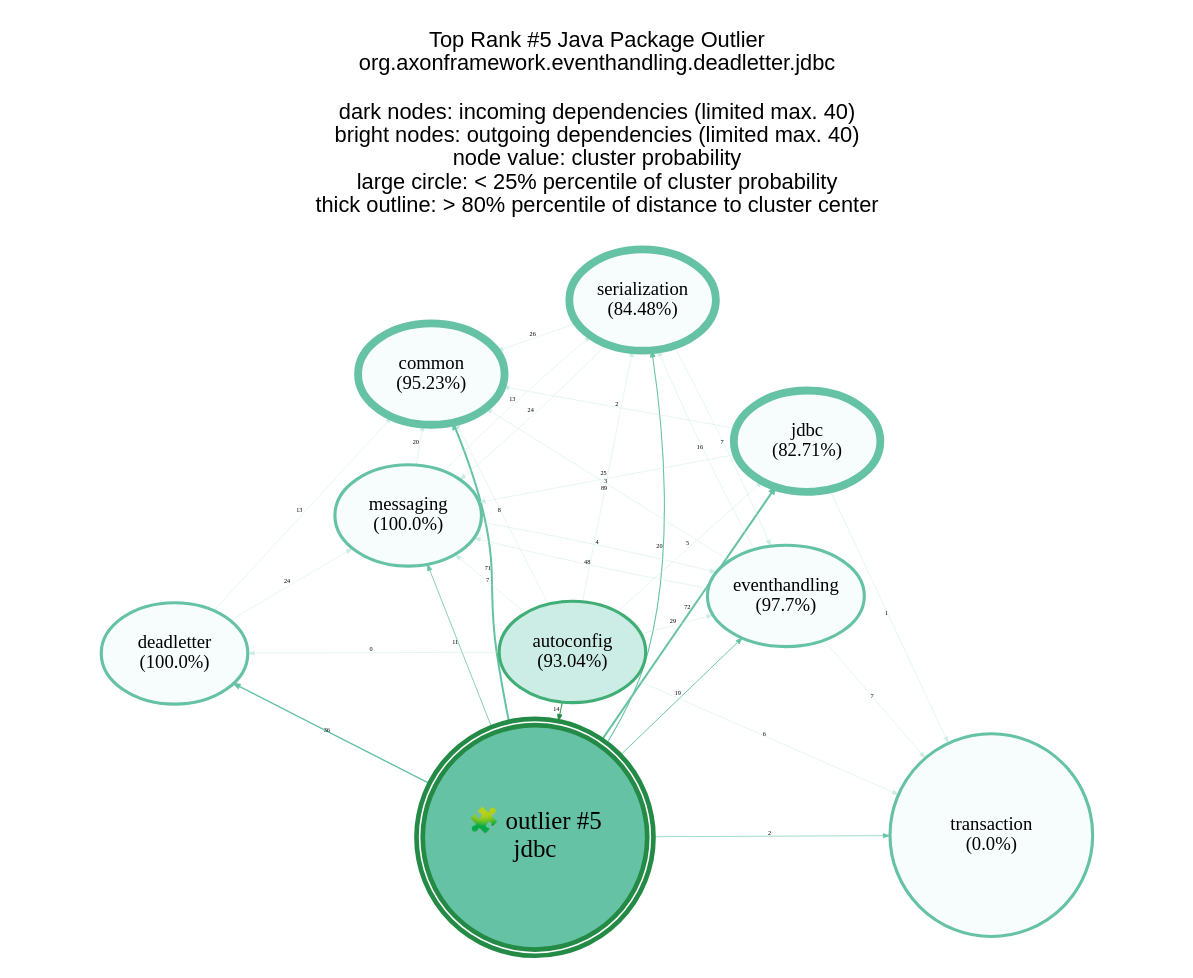
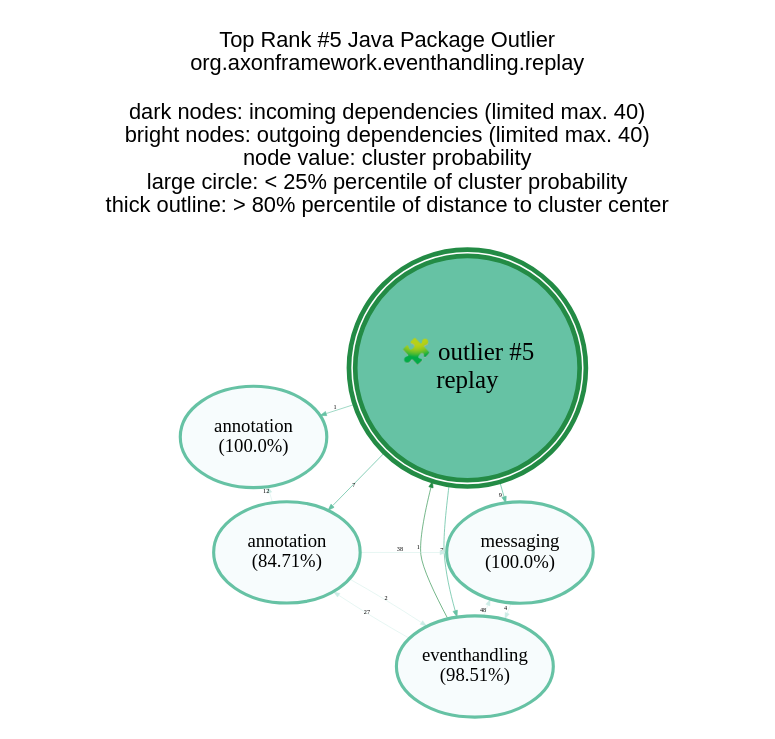
One commit to JohT/code-graph-analysis-examples changed the diagram in analysis-results/AxonFramework/AxonFramework-4.12.2/anomaly-detection/Java_Package/GraphVisualizations/graphviz/TopOutlier5.gv. Above: the diagram before and after it, drawn with Graphviz. The commit also changed 557 other files, not shown here.

```diff
--- a/analysis-results/AxonFramework/AxonFramework-4.12.2/anomaly-detection/Java_Package/GraphVisualizations/graphviz/TopOutlier5.gv
+++ b/analysis-results/AxonFramework/AxonFramework-4.12.2/anomaly-detection/Java_Package/GraphVisualizations/graphviz/TopOutlier5.gv
@@ -1,47 +1,28 @@
 // This GraphViz dot file was generated by the script convertQueryResultCsvToGraphVizDotFile.sh with TopCentral.template
 
 strict digraph TopOutlier5 {
     graph [layout = "fdp"; start = "7"; splines = "spline"; pad = "0.8,0.1"; outputorder = "edgesfirst";];
     graph [fontname = "Helvetica,Arial,sans-serif"; labelloc = "t";];
     node [colorscheme = "bugn9"; color = 6; fillcolor = 3;];
     edge [colorscheme = "bugn9"; color = 7;];
     node [fontsize = 12; style = "filled"; margin = "0.03,0.03"; width="1.3"; height="0.9";];
     edge [fontsize = 4; arrowsize = "0.4";];
 
     central [shape = "doublecircle"; height = "2.0"; margin = "0.000001,0.000001";];
     central [fontsize = 16;];
     central [color = 7; fillcolor = 5; penwidth = 3;];
 
-	graph   [label="Top Rank #5 Java Package Outlier\norg.axonframework.eventhandling.deadletter.jdbc\n\ndark nodes: incoming dependencies (limited max. 40)\nbright nodes: outgoing dependencies (limited max. 40)\nnode value: cluster probability\nlarge circle: < 25% percentile of cluster probability\nthick outline: > 80% percentile of distance to cluster center\n\n"];
-	central [label="🧩 outlier #5\njdbc"];
-	"autoconfig_48231"  [label = "autoconfig\n(93.04%)"; penwidth = 2; ]; "autoconfig_48231" -> central [label=14; weight=14; penwidth=0.6];
-	"jdbc_24546"  [label = "jdbc\n(82.71%)"; penwidth = 5; color = 5; fillcolor = 1; ]; central -> "jdbc_24546" [label=72; weight=72; penwidth=1.3; color = 5];
-	"common_23092"  [label = "common\n(95.23%)"; penwidth = 5; color = 5; fillcolor = 1; ]; central -> "common_23092" [label=71; weight=71; penwidth=1.3; color = 5];
-	"deadletter_39891"  [label = "deadletter\n(100.0%)"; penwidth = 2; color = 5; fillcolor = 1; ]; central -> "deadletter_39891" [label=36; weight=36; penwidth=0.9; color = 5];
-	"serialization_45112"  [label = "serialization\n(84.48%)"; penwidth = 5; color = 5; fillcolor = 1; ]; central -> "serialization_45112" [label=20; weight=20; penwidth=0.7; color = 5];
-	"eventhandling_26974"  [label = "eventhandling\n(97.7%)"; penwidth = 2; color = 5; fillcolor = 1; ]; central -> "eventhandling_26974" [label=19; weight=19; penwidth=0.6; color = 5];
-	"messaging_37597"  [label = "messaging\n(100.0%)"; penwidth = 2; color = 5; fillcolor = 1; ]; central -> "messaging_37597" [label=11; weight=11; penwidth=0.5; color = 5];
-	"transaction_25217"  [shape = "circle"; height=1.8; label = "transaction\n(0.0%)"; penwidth = 2; color = 5; fillcolor = 1; ]; central -> "transaction_25217" [label=2; weight=2; penwidth=0.4; color = 5];
-	"eventhandling_26974" -> "common_23092" [label=89; weight=89; penwidth=0.3; color = 3]
+	graph   [label="Top Rank #5 Java Package Outlier\norg.axonframework.eventhandling.replay\n\ndark nodes: incoming dependencies (limited max. 40)\nbright nodes: outgoing dependencies (limited max. 40)\nnode value: cluster probability\nlarge circle: < 25% percentile of cluster probability\nthick outline: > 80% percentile of distance to cluster center\n\n"];
+	central [label="🧩 outlier #5\nreplay"];
+	"eventhandling_26974"  [label = "eventhandling\n(98.51%)"; penwidth = 2; ]; "eventhandling_26974" -> central [label=1; weight=1; penwidth=0.4];
+	"messaging_37597"  [label = "messaging\n(100.0%)"; penwidth = 2; color = 5; fillcolor = 1; ]; central -> "messaging_37597" [label=9; weight=9; penwidth=0.5; color = 5];
+	"annotation_38826"  [label = "annotation\n(84.71%)"; penwidth = 2; color = 5; fillcolor = 1; ]; central -> "annotation_38826" [label=7; weight=7; penwidth=0.5; color = 5];
+	"eventhandling_26974"  [label = "eventhandling\n(98.51%)"; penwidth = 2; color = 5; fillcolor = 1; ]; central -> "eventhandling_26974" [label=7; weight=7; penwidth=0.5; color = 5];
+	"annotation_24168"  [label = "annotation\n(100.0%)"; penwidth = 2; color = 5; fillcolor = 1; ]; central -> "annotation_24168" [label=1; weight=1; penwidth=0.4; color = 5];
 	"eventhandling_26974" -> "messaging_37597" [label=48; weight=48; penwidth=0.3; color = 3]
-	"autoconfig_48231" -> "eventhandling_26974" [label=29; weight=29; penwidth=0.3; color = 3]
-	"serialization_45112" -> "common_23092" [label=26; weight=26; penwidth=0.3; color = 3]
-	"autoconfig_48231" -> "serialization_45112" [label=25; weight=25; penwidth=0.3; color = 3]
-	"deadletter_39891" -> "messaging_37597" [label=24; weight=24; penwidth=0.3; color = 3]
-	"serialization_45112" -> "messaging_37597" [label=24; weight=24; penwidth=0.3; color = 3]
-	"messaging_37597" -> "common_23092" [label=20; weight=20; penwidth=0.3; color = 3]
-	"eventhandling_26974" -> "serialization_45112" [label=16; weight=16; penwidth=0.3; color = 3]
-	"deadletter_39891" -> "common_23092" [label=13; weight=13; penwidth=0.3; color = 3]
-	"messaging_37597" -> "serialization_45112" [label=13; weight=13; penwidth=0.3; color = 3]
-	"autoconfig_48231" -> "common_23092" [label=8; weight=8; penwidth=0.3; color = 3]
-	"autoconfig_48231" -> "messaging_37597" [label=7; weight=7; penwidth=0.3; color = 3]
-	"eventhandling_26974" -> "transaction_25217" [label=7; weight=7; penwidth=0.3; color = 3]
-	"serialization_45112" -> "eventhandling_26974" [label=7; weight=7; penwidth=0.3; color = 3]
-	"autoconfig_48231" -> "transaction_25217" [label=6; weight=6; penwidth=0.3; color = 3]
-	"autoconfig_48231" -> "jdbc_24546" [label=5; weight=5; penwidth=0.3; color = 3]
+	"annotation_38826" -> "messaging_37597" [label=38; weight=38; penwidth=0.3; color = 3]
+	"eventhandling_26974" -> "annotation_38826" [label=27; weight=27; penwidth=0.3; color = 3]
+	"annotation_38826" -> "annotation_24168" [label=12; weight=12; penwidth=0.3; color = 3]
 	"messaging_37597" -> "eventhandling_26974" [label=4; weight=4; penwidth=0.3; color = 3]
-	"jdbc_24546" -> "messaging_37597" [label=3; weight=3; penwidth=0.3; color = 3]
-	"jdbc_24546" -> "common_23092" [label=2; weight=2; penwidth=0.3; color = 3]
-	"jdbc_24546" -> "transaction_25217" [label=1; weight=1; penwidth=0.3; color = 3]
-	"autoconfig_48231" -> "deadletter_39891" [label=0; weight=0; penwidth=0.3; color = 3]
+	"annotation_38826" -> "eventhandling_26974" [label=2; weight=2; penwidth=0.3; color = 3]
 }
```
